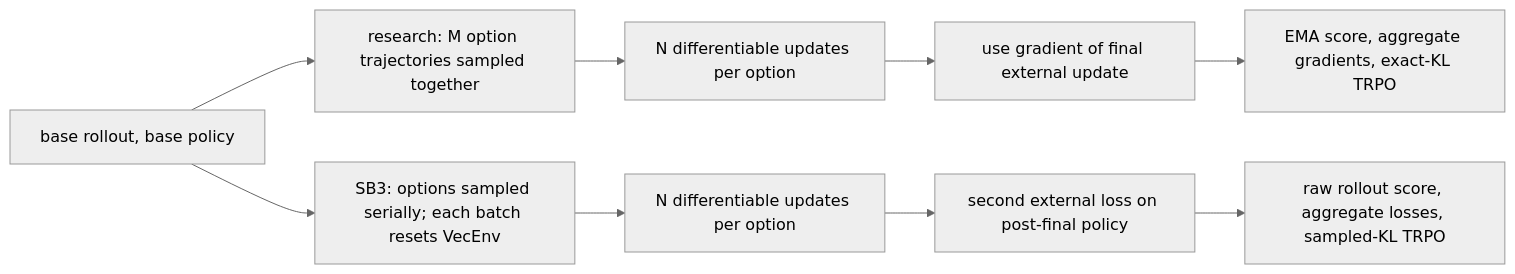
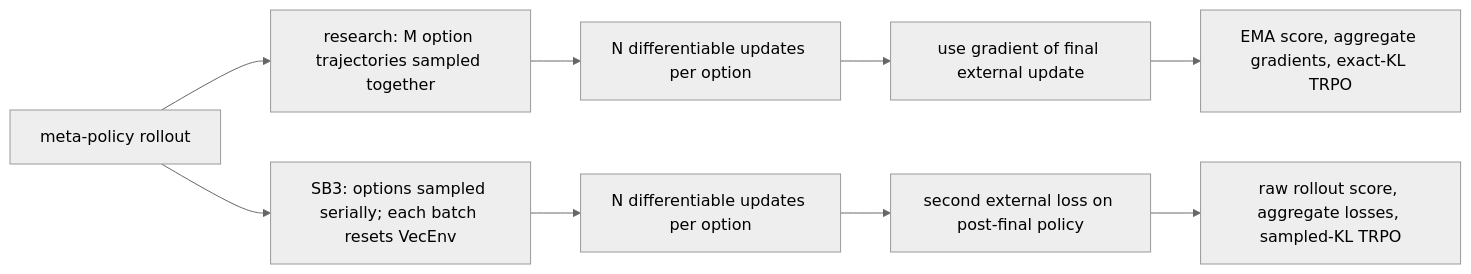
One commit to Mgineer117/stable-baselines3 changed the diagram in IRPO_PORT_AUDIT.md. Above: the diagram before and after it, drawn with Mermaid (neutral theme). The commit also changed other lines of this file and 6 other files, not shown here.

````diff
--- a/IRPO_PORT_AUDIT.md
+++ b/IRPO_PORT_AUDIT.md
@@ -34,12 +49,12 @@
 ```mermaid
 flowchart LR
-  B[base rollout, base policy]
+  B[meta-policy rollout]
   B --> R1[research: M option trajectories sampled together]
   R1 --> R2[N differentiable updates per option]
   R2 --> R3[use gradient of final external update]
   R3 --> R4[EMA score, aggregate gradients, exact-KL TRPO]
   B --> S1[SB3: options sampled serially; each batch resets VecEnv]
   S1 --> S2[N differentiable updates per option]
   S2 --> S3[second external loss on post-final policy]
   S3 --> S4[raw rollout score, aggregate losses, sampled-KL TRPO]
 ```
````
